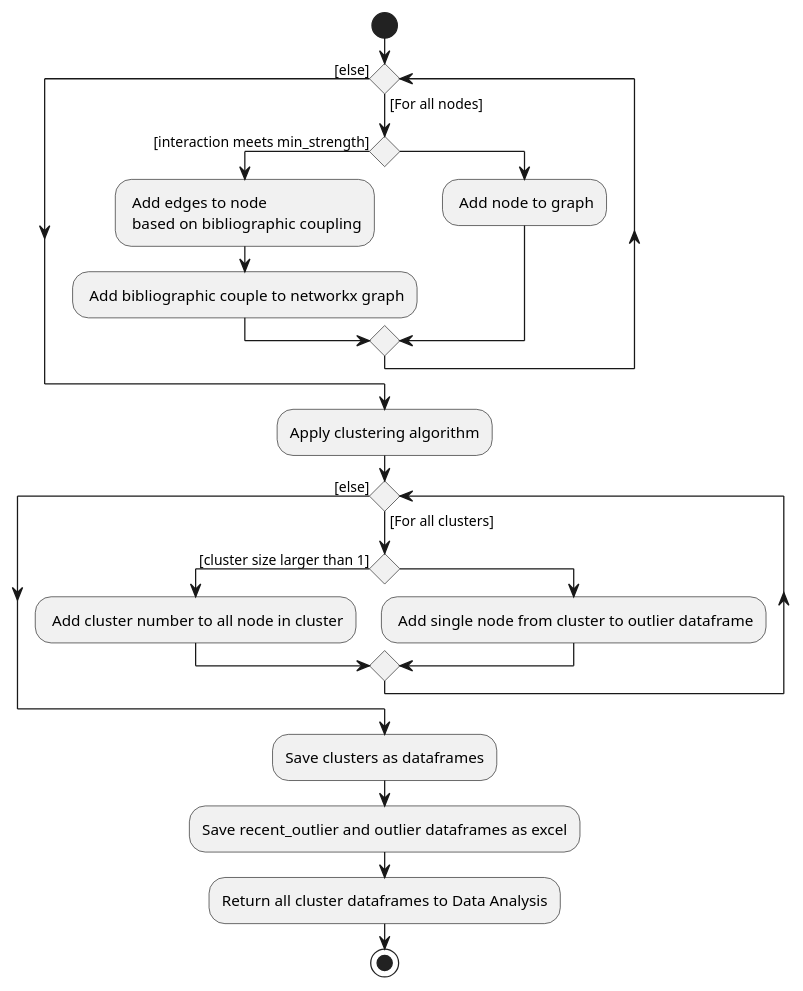
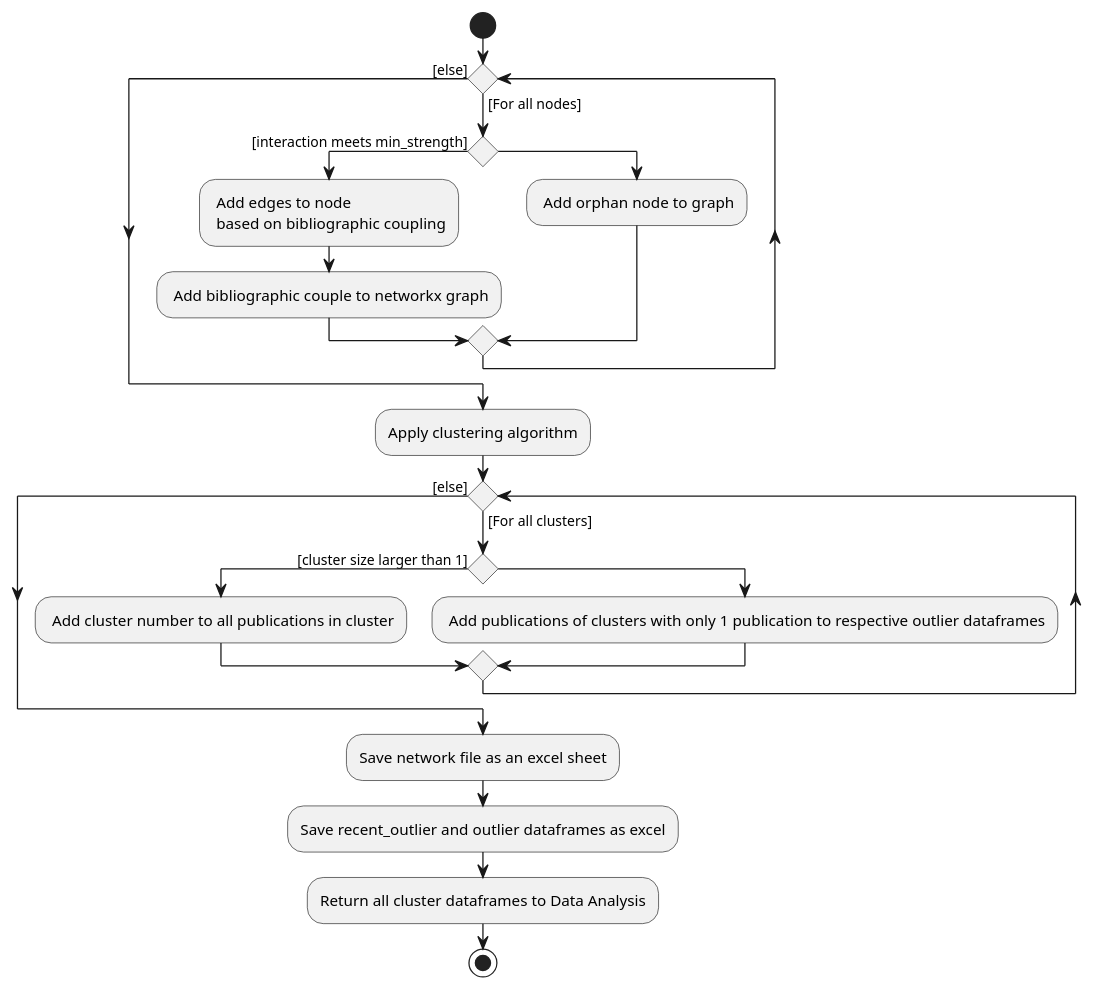
One commit to pennhanlee/google_scholar_scrapapi changed the diagram in puml/network_creation_activity.puml. Above: the diagram before and after it, drawn with PlantUML. The commit also changed 17 other files, not shown here.

```diff
--- a/puml/network_creation_activity.puml
+++ b/puml/network_creation_activity.puml
@@ -1,32 +1,32 @@
 @startuml
 
 start
 
 while() is ([For all nodes])
     if() then ([interaction meets min_strength])
     : Add edges to node \n based on bibliographic coupling;
     : Add bibliographic couple to networkx graph;
     else 
-    : Add node to graph;
+    : Add orphan node to graph;
     endif
 
 endwhile ([else])
 :Apply clustering algorithm;
 
 while() is ([For all clusters])
     if() then ([cluster size larger than 1])
-    : Add cluster number to all node in cluster;
+    : Add cluster number to all publications in cluster;
 
     else
-    : Add single node from cluster to outlier dataframe;
+    : Add publications of clusters with only 1 publication to respective outlier dataframes;
     endif
 
 endwhile([else])
 
-:Save clusters as dataframes;
+:Save network file as an excel sheet;
 :Save recent_outlier and outlier dataframes as excel;
 :Return all cluster dataframes to Data Analysis;
 
 stop
 
 @enduml
```
